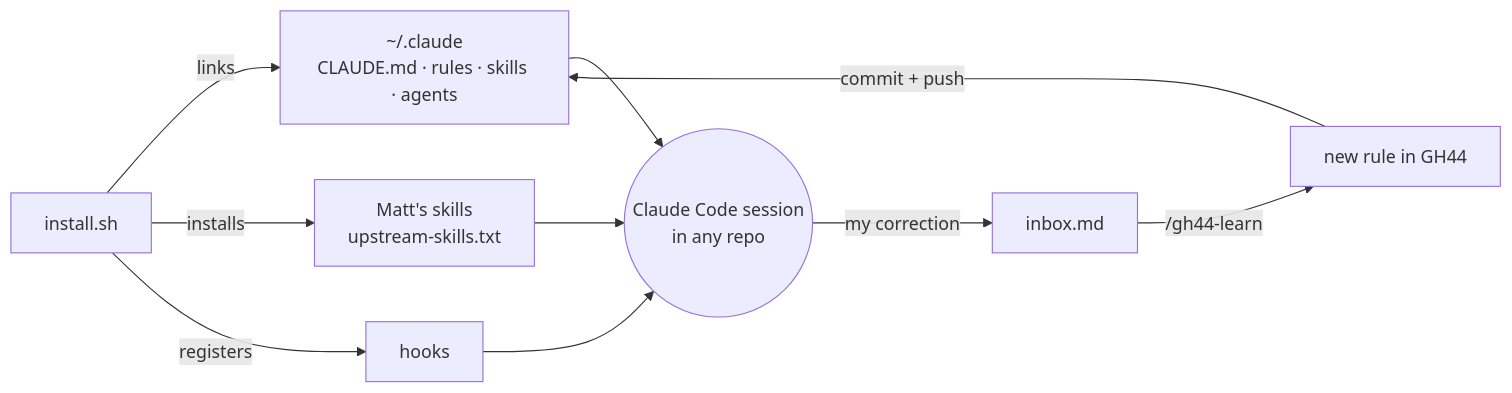
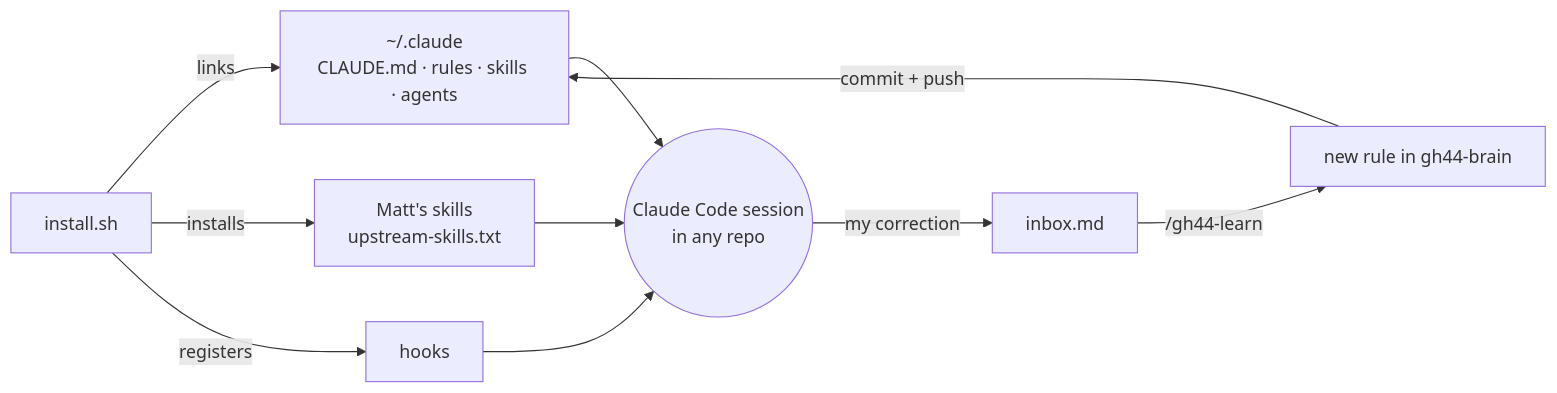
The first of 2 diagrams in README.md (gentrithalili1/gh44), drawn with Mermaid before and after one commit. The commit also changed other lines of this file and 2 other files, not shown here.

Commit message:
rename to gh44-brain

````diff
--- a/README.md
+++ b/README.md
@@ -18,12 +18,12 @@
 ```mermaid
 flowchart LR
     I[install.sh] -->|links| C["~/.claude<br/>CLAUDE.md · rules · skills · agents"]
     I -->|installs| U[Matt's skills<br/>upstream-skills.txt]
     I -->|registers| H[hooks]
     C --> S((Claude Code session<br/>in any repo))
     U --> S
     H --> S
     S -->|my correction| N[inbox.md]
-    N -->|/gh44-learn| R[new rule in GH44]
+    N -->|/gh44-learn| R[new rule in gh44-brain]
     R -->|commit + push| C
 ```
````
